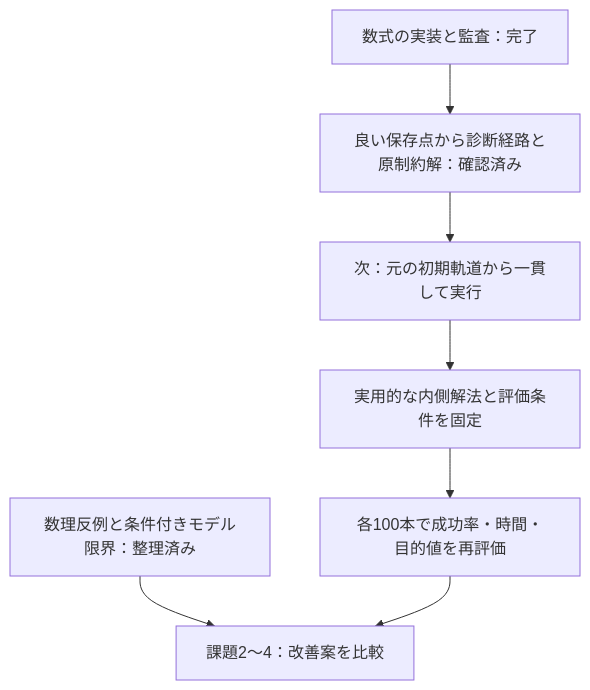
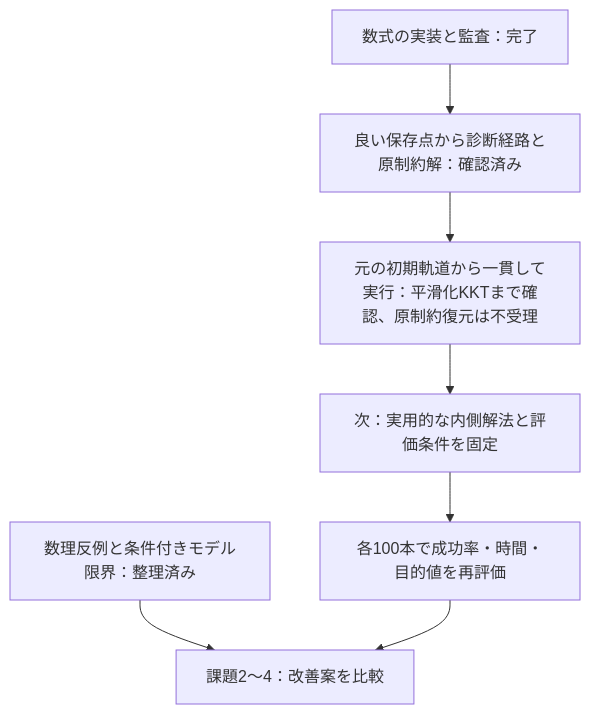
Before and after one commit to mordent-27/uav: the diagram in ROADMAP.md, drawn with Mermaid. The commit also changed other lines of this file and 1 other file, not shown here.

Commit message:
docs[roadmap]: R1の結果を反映し次の作業をR2へ更新

````diff
--- a/ROADMAP.md
+++ b/ROADMAP.md
@@ -74,9 +84,9 @@
 ```mermaid
 flowchart TD
   A[数式の実装と監査：完了] --> B[良い保存点から診断経路と原制約解：確認済み]
-  B --> C[次：元の初期軌道から一貫して実行]
-  C --> D[実用的な内側解法と評価条件を固定]
+  B --> C[元の初期軌道から一貫して実行：平滑化KKTまで確認、原制約復元は不受理]
+  C --> D[次：実用的な内側解法と評価条件を固定]
   D --> E[各100本で成功率・時間・目的値を再評価]
   T[数理反例と条件付きモデル限界：整理済み] --> U[課題2〜4：改善案を比較]
   E --> U
 ```
````
